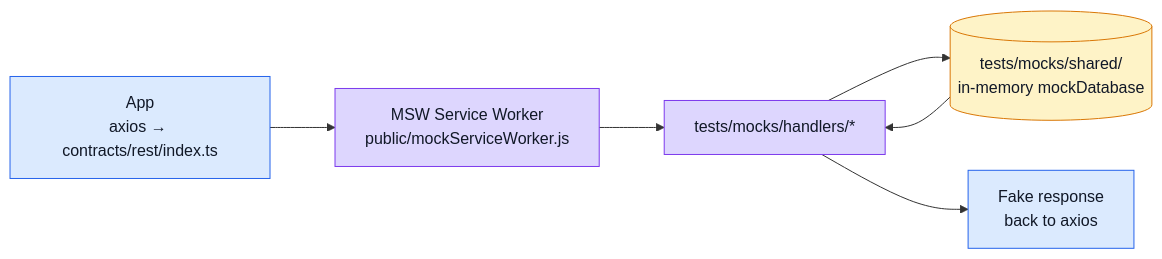
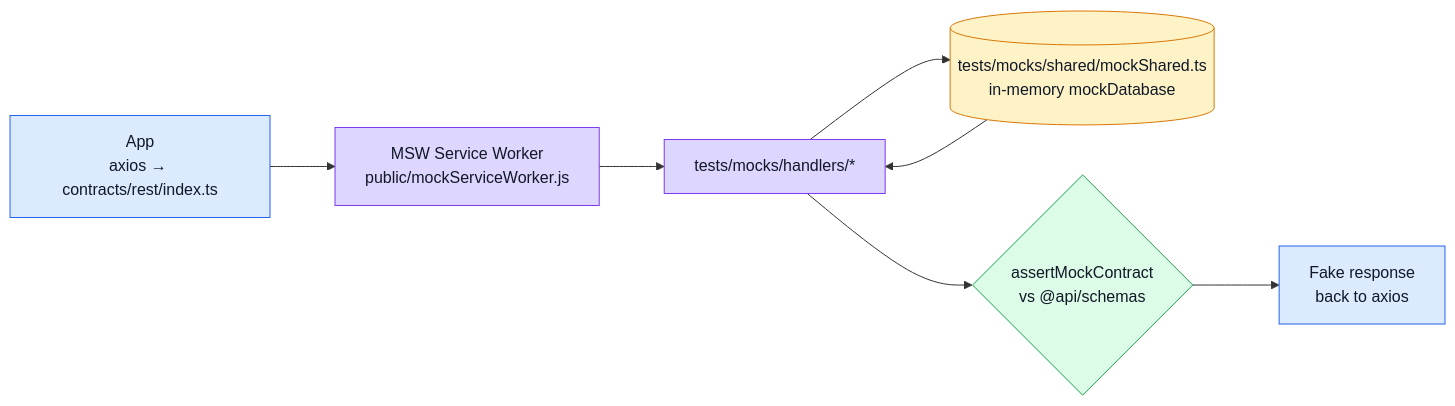
Before and after one commit to Guebbit/boilerplate-vue-frontend: the diagram in docs/tools/mocking.md, drawn with Mermaid. The commit also changed other lines of this file and 16 other files, not shown here.

````diff
--- a/docs/tools/mocking.md
+++ b/docs/tools/mocking.md
@@ -19,17 +46,20 @@
 ```mermaid
 %%{init: {'flowchart': {'nodeSpacing': 50, 'rankSpacing': 65}}}%%
 flowchart LR
     App["App\naxios → contracts/rest/index.ts"] --> SW["MSW Service Worker\npublic/mockServiceWorker.js"]
     SW --> Handlers["tests/mocks/handlers/*"]
-    Handlers --> DB[("tests/mocks/shared/\nin-memory mockDatabase")]
+    Handlers --> DB[("tests/mocks/shared/mockShared.ts\nin-memory mockDatabase")]
     DB --> Handlers
-    Handlers --> Response["Fake response\nback to axios"]
+    Handlers --> Validate{"assertMockContract\nvs @api/schemas"}
+    Validate --> Response["Fake response\nback to axios"]
 
     classDef app fill:#dbeafe,stroke:#2563eb,color:#111827;
     classDef msw fill:#ddd6fe,stroke:#7c3aed,color:#111827;
     classDef data fill:#fef3c7,stroke:#d97706,color:#111827;
+    classDef check fill:#dcfce7,stroke:#16a34a,color:#111827;
     class App app;
     class SW,Handlers msw;
     class DB data;
+    class Validate check;
     class Response app;
 ```
````
